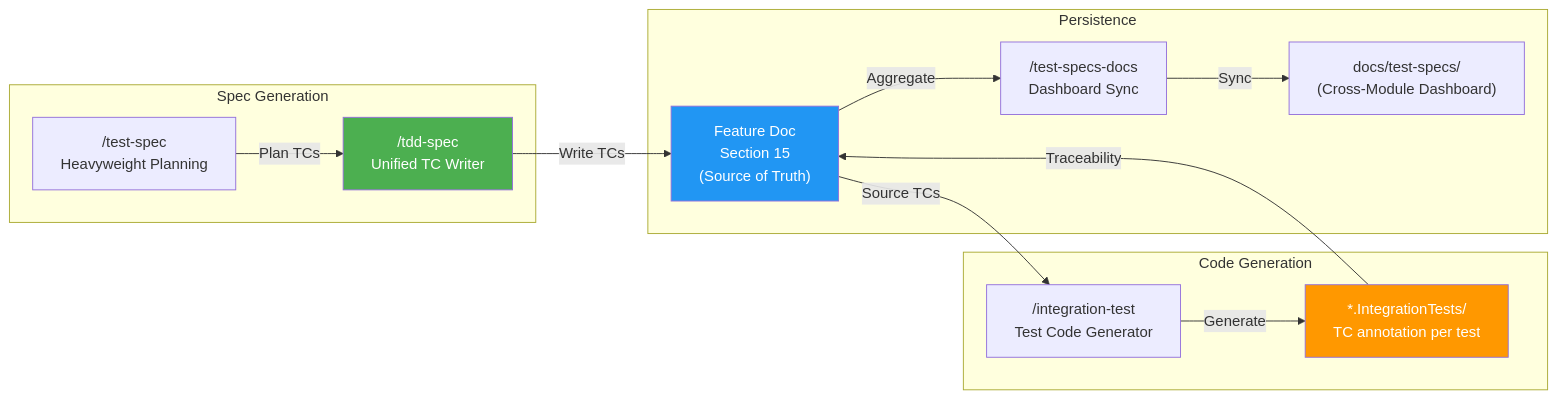
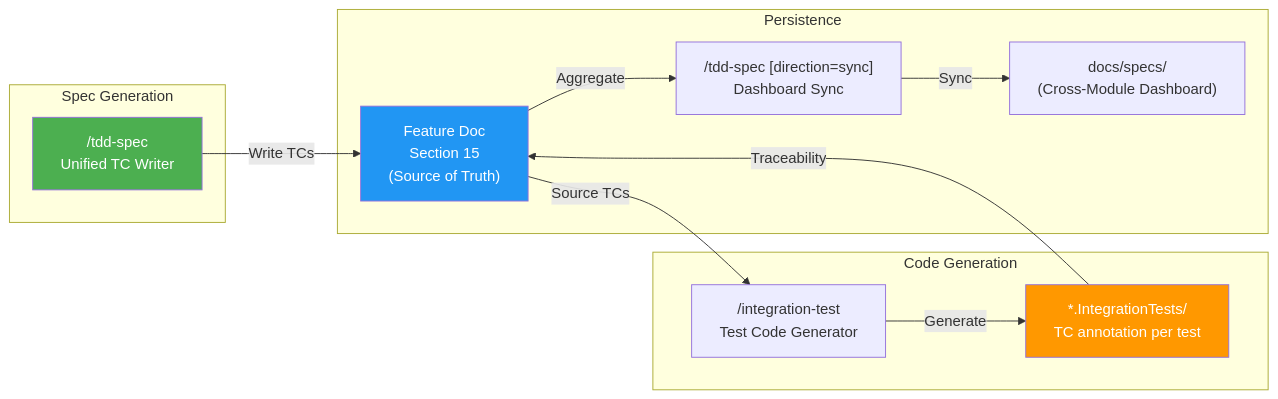
One commit to duc01226/easy-claude changed diagram 14 of 20 in .claude/docs/claude-ai-agent-framework-guide.md. Above: the diagram before and after it, drawn with Mermaid. The commit also changed other lines of this file and 394 other files, not shown here.

````diff
--- a/.claude/docs/claude-ai-agent-framework-guide.md
+++ b/.claude/docs/claude-ai-agent-framework-guide.md
@@ -1304,30 +1339,28 @@
 ```mermaid
 flowchart LR
     subgraph "Spec Generation"
         TS["/tdd-spec<br/>Unified TC Writer"]
-        TSP["/test-spec<br/>Heavyweight Planning"]
     end
 
     subgraph "Persistence"
         FD["Feature Doc<br/>Section 15<br/>(Source of Truth)"]
-        TSD["/test-specs-docs<br/>Dashboard Sync"]
-        DASH["docs/test-specs/<br/>(Cross-Module Dashboard)"]
+        TSD["/tdd-spec [direction=sync]<br/>Dashboard Sync"]
+        DASH["docs/specs/<br/>(Cross-Module Dashboard)"]
     end
 
     subgraph "Code Generation"
         IT["/integration-test<br/>Test Code Generator"]
         CODE["*.IntegrationTests/<br/>TC annotation per test"]
     end
 
     TS -->|"Write TCs"| FD
-    TSP -->|"Plan TCs"| TS
     FD -->|"Aggregate"| TSD
     TSD -->|"Sync"| DASH
     FD -->|"Source TCs"| IT
     IT -->|"Generate"| CODE
     CODE -->|"Traceability"| FD
 
     style TS fill:#4CAF50,color:white
     style FD fill:#2196F3,color:white
     style CODE fill:#FF9800,color:white
 ```
````
